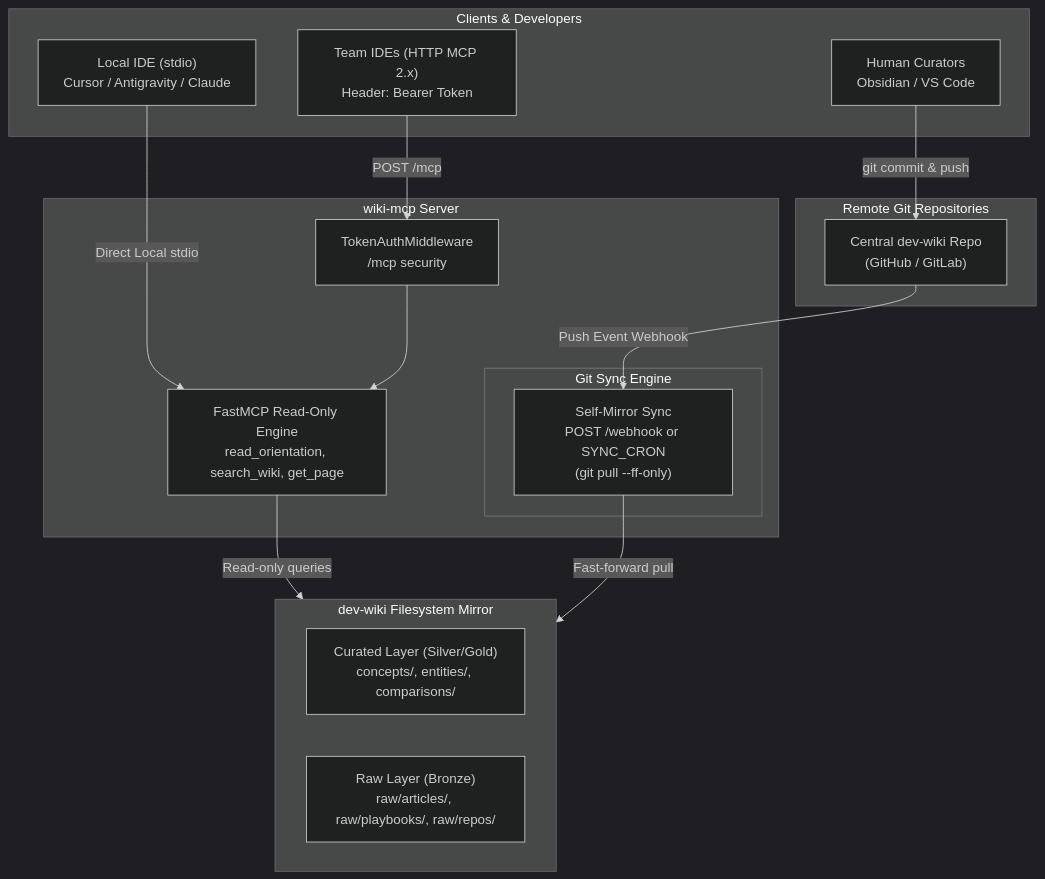
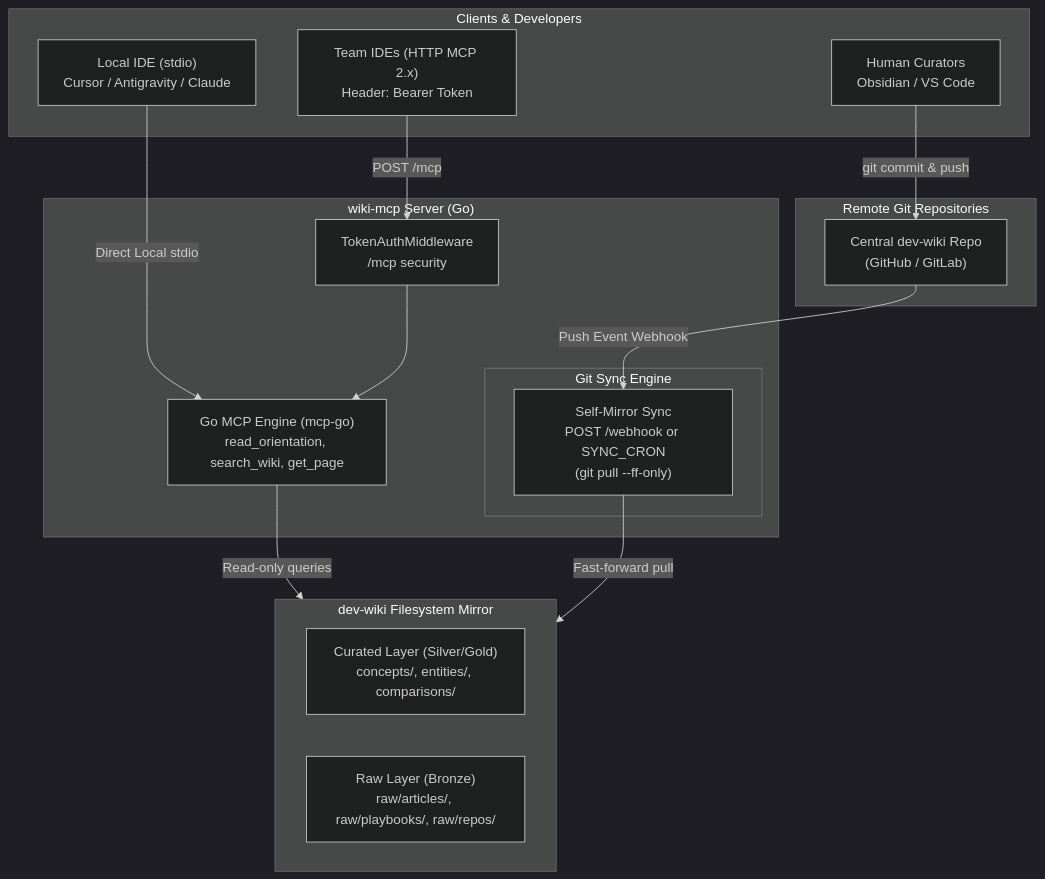
The diagram in README.md (Paolo-Formici/wiki-mcp), drawn with Mermaid (dark theme) before and after one commit. The commit also changed other lines of this file and 41 other files, not shown here.

Commit message:
feat: migrate wiki-mcp from Python to Golang

````diff
--- a/README.md
+++ b/README.md
@@ -159,37 +173,37 @@
 ```mermaid
 flowchart TB
     subgraph Clients["Clients & Developers"]
         IDE1["Local IDE (stdio)<br/>Cursor / Antigravity / Claude"]
         IDE2["Team IDEs (HTTP MCP 2.x)<br/>Header: Bearer Token"]
         HumanDev["Human Curators<br/>Obsidian / VS Code"]
     end
 
-    subgraph Server["wiki-mcp Server"]
+    subgraph Server["wiki-mcp Server (Go)"]
         AuthMiddleware["TokenAuthMiddleware<br/>/mcp security"]
-        FastMCPEngine["FastMCP Read-Only Engine<br/>read_orientation, search_wiki, get_page"]
+        GoMCPEngine["Go MCP Engine (mcp-go)<br/>read_orientation, search_wiki, get_page"]
         
         subgraph SyncEngine["Git Sync Engine"]
             WikiPull["Self-Mirror Sync<br/>POST /webhook or SYNC_CRON<br/>(git pull --ff-only)"]
         end
     end
 
     subgraph Storage["dev-wiki Filesystem Mirror"]
         Curated["Curated Layer (Silver/Gold)<br/>concepts/, entities/, comparisons/"]
         Raw["Raw Layer (Bronze)<br/>raw/articles/, raw/playbooks/, raw/repos/"]
     end
 
     subgraph Remotes["Remote Git Repositories"]
         WikiRemote["Central dev-wiki Repo<br/>(GitHub / GitLab)"]
     end
 
     %% Client flows
-    IDE1 -->|"Direct Local stdio"| FastMCPEngine
+    IDE1 -->|"Direct Local stdio"| GoMCPEngine
     IDE2 -->|"POST /mcp"| AuthMiddleware
-    AuthMiddleware --> FastMCPEngine
-    FastMCPEngine -->|"Read-only queries"| Storage
+    AuthMiddleware --> GoMCPEngine
+    GoMCPEngine -->|"Read-only queries"| Storage
     HumanDev -->|"git commit & push"| WikiRemote
 
     %% Webhook & Sync flows
     WikiRemote -->|"Push Event Webhook"| WikiPull
     WikiPull -->|"Fast-forward pull"| Storage
 ```
````
